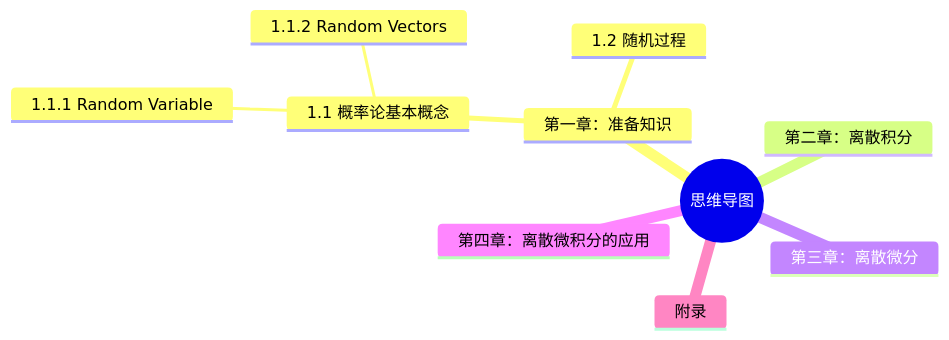
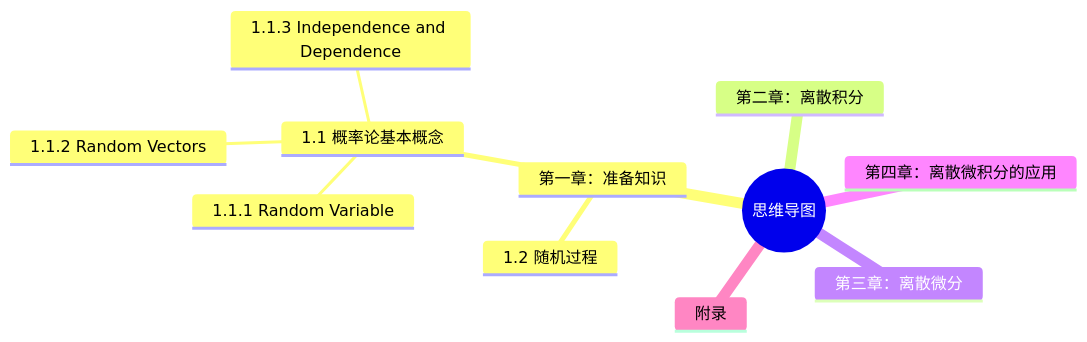
The diagram in math/230715-stochastic-calculus.md (damonYuan/gitbook), drawn with Mermaid before and after one commit. The commit also changed other lines of this file and 1 other file, not shown here.

````diff
--- a/math/230715-stochastic-calculus.md
+++ b/math/230715-stochastic-calculus.md
@@ -11,14 +11,15 @@
 ```mermaid
 mindmap
   root((思维导图))
     第一章：准备知识 
       1.1 概率论基本概念
         1.1.1 Random Variable
         1.1.2 Random Vectors    
+        1.1.3 Independence and Dependence
       1.2 随机过程
     第二章：离散积分
     第三章：离散微分
     第四章：离散微积分的应用
     附录
  
 ```
````
